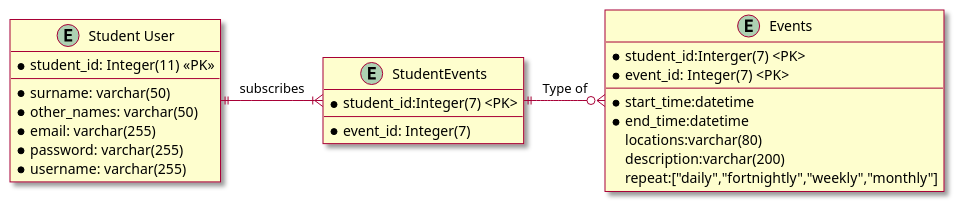
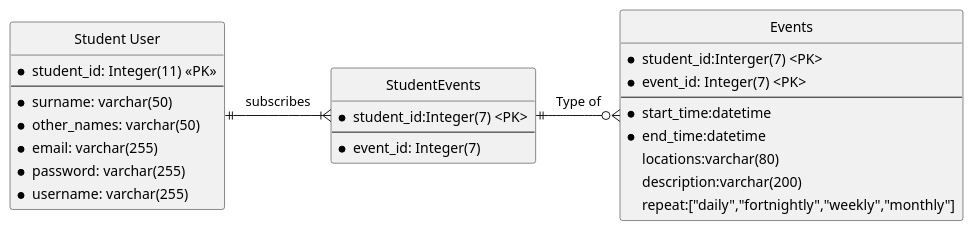
The diagram in erd.puml (StuCal-INFO310/Stucal), drawn with PlantUML before and after one commit.

Commit message:
Introduced theme

```diff
--- a/erd.puml
+++ b/erd.puml
@@ -1,81 +1,108 @@
 @startuml entity relationship diagram
-skin rose
+
+skinparam {
+	Style strictuml
+	RoundCorner 5
+	BoxPadding 35
+	ParticipantPadding 15
+    Padding 2
+
+	Sequence {
+		' make activations yellow too
+		LifeLineBackgroundColor #FDFDCD
+
+		' make stereotypes more presentable
+		Stereotype {
+			Font {
+				Size 11
+				Style plain
+			}
+		}
+	}
+
+	Database {
+		' make database border consistent with the rest of the diagram
+		BorderColor #A80036
+	}
+
+}
+
 ' ======= Entities =======
 
 entity "Student User" as student {
   *student_id: Integer(11) <<PK>>
   --
   *surname: varchar(50)
   *other_names: varchar(50)
   *email: varchar(255)
   *password: varchar(255)
   *username: varchar(255)
 } 
 
 entity "Events" as event{
   *student_id:Interger(7) <PK>
   *event_id: Integer(7) <PK>
   --
   *start_time:datetime
   *end_time:datetime
   locations:varchar(80)
   description:varchar(200)
   repeat:["daily","fortnightly","weekly","monthly"]
 }
 
 entity "StudentEvents" as sevents{
   *student_id:Integer(7) <PK>
   --
   *event_id: Integer(7)
 }
 
 
 
 
 ' entity "timetable" as timetable{
 '   *paper: char(7)<<FK>>
 '   *date:datetime
 '   *start_time:datetime
 '   *end_time:datetime
 '   *type:varchar(30)
 '   *room:varchar(15)
 
 ' }
 
 ' entity "Classes" as class{
 '     *paper: char(7)<<PK>>
 '     *date:datetime
 '     *start_time:datetime
 '     *end_time:datetime
 '     *type:varchar(30)
 '     *room:varchar(15)
 
 ' }
 
 ' entity "Keydates" as key{
 '   *event_name:
 '   *start_time:
 '   *end_time:
 '    location:
 '    type:
 ' }
 
 ' entity "Calendar" as calendar{
 '   *paper: char(7)<<FK>>
 '   *date:datetime
 '   *type:varchar(30)
 '   *room:varchar(15)
 '   *comment/review:varchar(100)
 ' }
 
 
 ' ======= Relationships =======
 
 ' Note: the \r is a right-aligned line break (\l is left-aligned, and \n is centred)
 
 student ||-|{ sevents : subscribes
 sevents ||-o{event:Type of 
 
 
 
 @enduml
```
